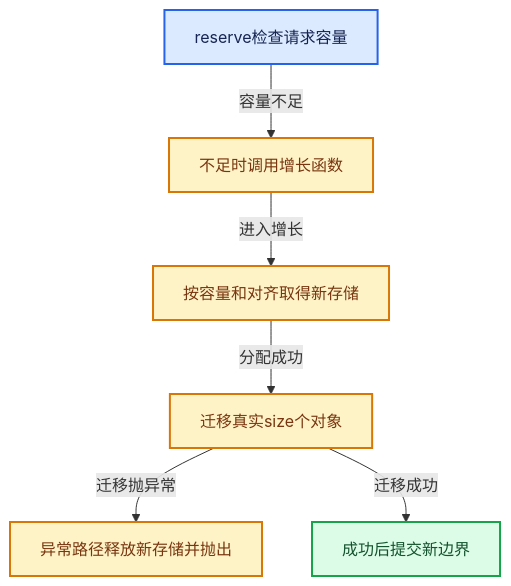
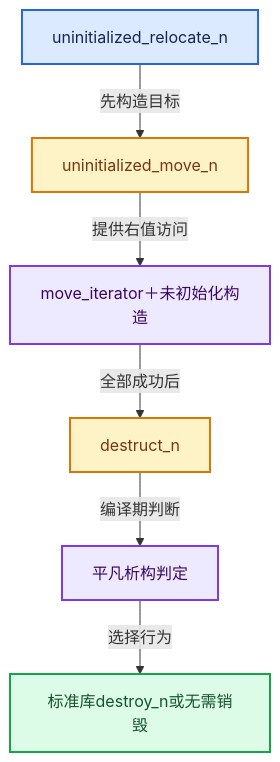
The third of 5 diagrams in 杂/markdown/全面学习-codex/01-基础容器与现代CPP/10-Vector扩容与增长.md (yunkezengren/blender-.vscode), drawn with Mermaid before and after one commit. The commit also changed other lines of this file and 1930 other files, not shown here.

````diff
--- a/杂/markdown/全面学习-codex/01-基础容器与现代CPP/10-Vector扩容与增长.md
+++ b/杂/markdown/全面学习-codex/01-基础容器与现代CPP/10-Vector扩容与增长.md
@@ -571,20 +98,20 @@
 ```mermaid
 flowchart TB
-  V0["reserve检查请求容量"]:::input
-  V1["不足时调用增长函数"]:::compute
-  V2["按容量和对齐取得新存储"]:::compute
-  V3["迁移真实size个对象"]:::compute
-  V4["异常路径释放新存储并抛出"]:::compute
-  V5["成功后提交新边界"]:::result
-  V0 -->|"容量不足"| V1
-  V1 -->|"进入增长"| V2
-  V2 -->|"分配成功"| V3
-  V3 -->|"迁移抛异常"| V4
-  V3 -->|"迁移成功"| V5
+  R["uninitialized_relocate_n"]:::input
+  M["uninitialized_move_n"]:::compute
+  I["move_iterator＋未初始化构造"]:::abstraction
+  D["destruct_n"]:::compute
+  T["平凡析构判定"]:::abstraction
+  S["标准库destroy_n或无需销毁"]:::result
+  R -->|"先构造目标"| M
+  M -->|"提供右值访问"| I
+  I -->|"全部成功后"| D
+  D -->|"编译期判断"| T
+  T -->|"选择行为"| S
   classDef input fill:#DBEAFE,stroke:#2563EB,color:#172554,stroke-width:2px;
   classDef data fill:#CFFAFE,stroke:#0891B2,color:#164E63,stroke-width:2px;
   classDef abstraction fill:#EDE9FE,stroke:#7C3AED,color:#3B0764,stroke-width:2px;
   classDef compute fill:#FEF3C7,stroke:#D97706,color:#78350F,stroke-width:2px;
   classDef result fill:#DCFCE7,stroke:#16A34A,color:#14532D,stroke-width:2px;
   classDef error fill:#FEE2E2,stroke:#DC2626,color:#7F1D1D,stroke-width:2px;
 ```
````
